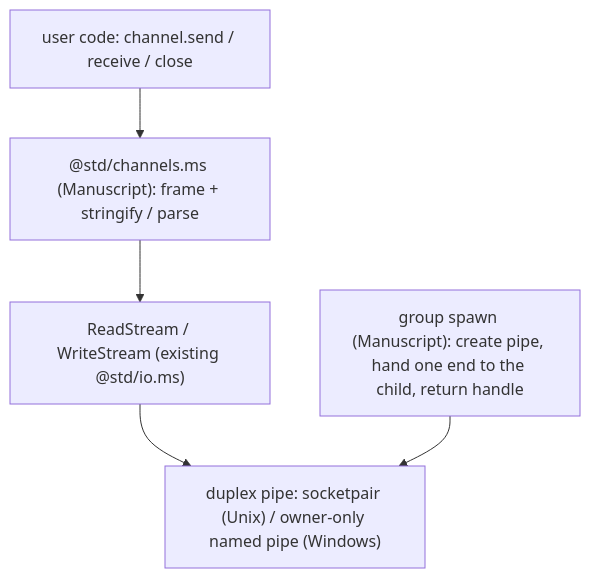
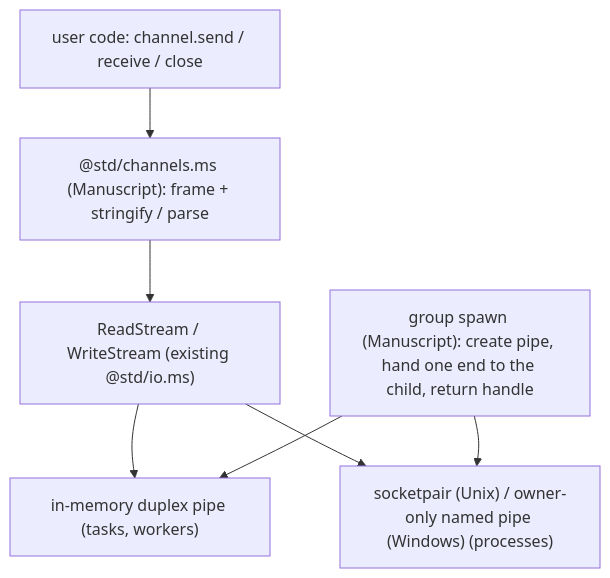
One commit to manuscript-lang/manuscript changed the diagram in proposals/channels.md. Above: the diagram before and after it, drawn with Mermaid. The commit also changed other lines of this file, not shown here.

First line of the commit message:
Channels proposal: in-memory pipe for tasks and workers, OS pipe only for processes

````diff
--- a/proposals/channels.md
+++ b/proposals/channels.md
@@ -71,10 +71,14 @@
 ```mermaid
 flowchart TB
   U["user code: channel.send / receive / close"]
   C["@std/channels.ms (Manuscript): frame + stringify / parse"]
   S["ReadStream / WriteStream (existing @std/io.ms)"]
-  P["duplex pipe: socketpair (Unix) / owner-only named pipe (Windows)"]
+  M["in-memory duplex pipe (tasks, workers)"]
+  P["socketpair (Unix) / owner-only named pipe (Windows) (processes)"]
   G["group spawn (Manuscript): create pipe, hand one end to the child, return handle"]
-  U --> C --> S --> P
+  U --> C --> S
+  S --> M
+  S --> P
+  G --> M
   G --> P
 ```
````
